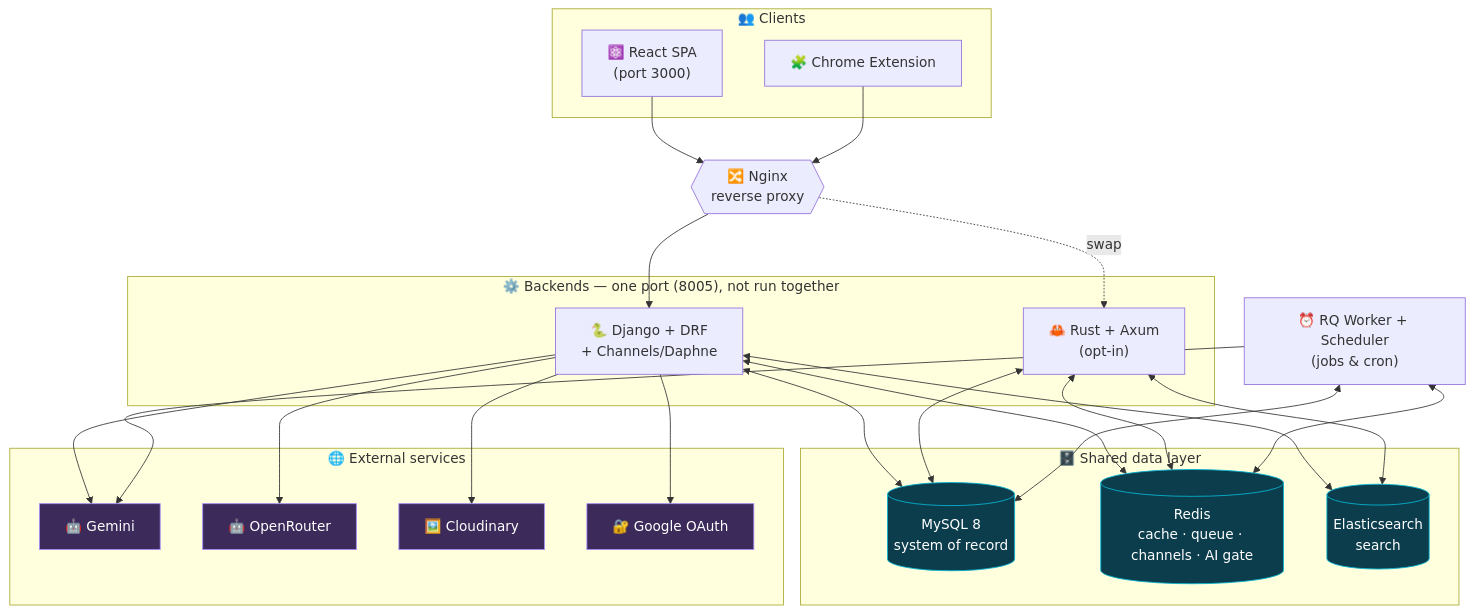
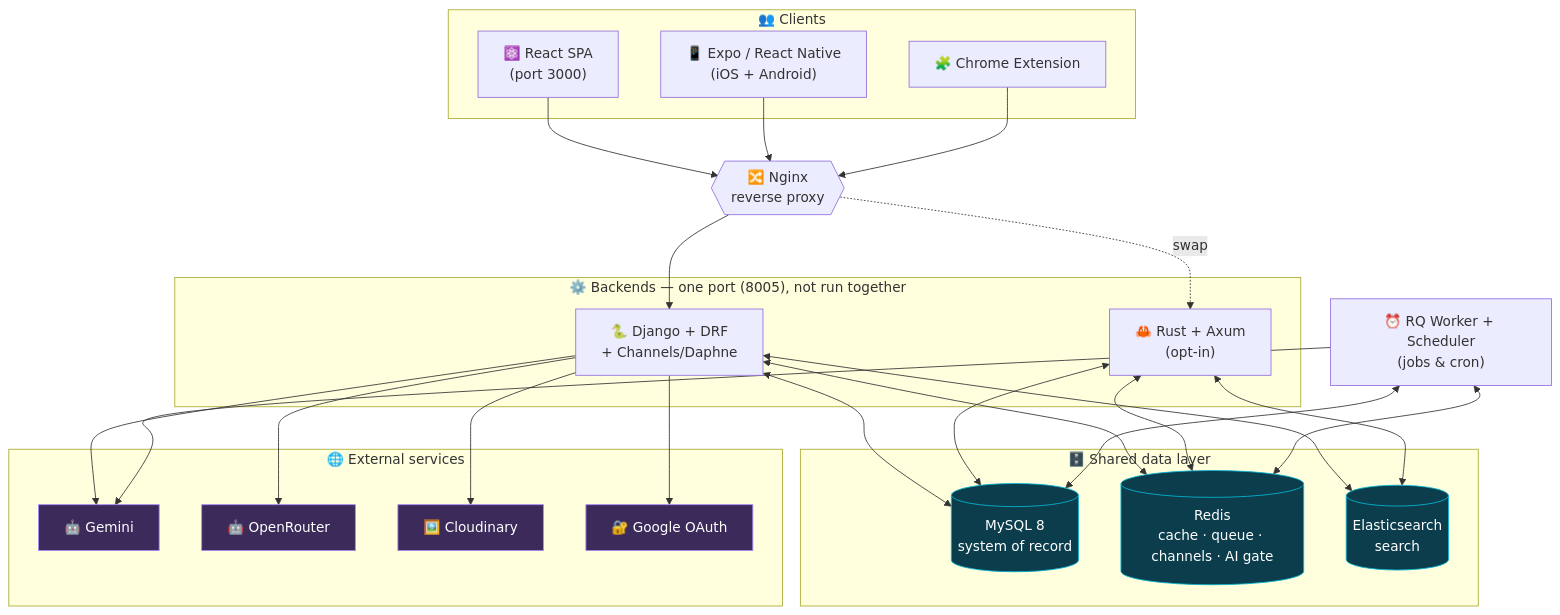
One commit to ngovandong/flashlearn changed the second of 18 diagrams in ARCHITECTURE.md. Above: the diagram before and after it, drawn with Mermaid. The commit also changed other lines of this file and 453 other files, not shown here.

````diff
--- a/ARCHITECTURE.md
+++ b/ARCHITECTURE.md
@@ -145,51 +165,53 @@
 ```mermaid
 flowchart TB
     subgraph clients["👥 Clients"]
         Web["⚛️ React SPA<br/>(port 3000)"]
+        Mobile["📱 Expo / React Native<br/>(iOS + Android)"]
         Ext["🧩 Chrome Extension"]
     end
 
     Nginx{{"🔀 Nginx<br/>reverse proxy"}}
 
     subgraph backends["⚙️ Backends — one port (8005), not run together"]
         Django["🐍 Django + DRF<br/>+ Channels/Daphne"]
         Rust["🦀 Rust + Axum<br/>(opt-in)"]
     end
 
     Worker["⏰ RQ Worker + Scheduler<br/>(jobs & cron)"]
 
     subgraph data["🗄️ Shared data layer"]
         MySQL[("MySQL 8<br/>system of record")]
         Redis[("Redis<br/>cache · queue · channels · AI gate")]
         ES[("Elasticsearch<br/>search")]
     end
 
     subgraph ext["🌐 External services"]
         Gemini["🤖 Gemini"]
         OpenRouter["🤖 OpenRouter"]
         Cloud["🖼️ Cloudinary"]
         OAuth["🔐 Google OAuth"]
     end
 
     Web --> Nginx
+    Mobile --> Nginx
     Ext --> Nginx
     Nginx --> Django
     Nginx -. swap .-> Rust
 
     Django <--> MySQL
     Django <--> Redis
     Django <--> ES
     Rust <--> MySQL
     Rust <--> Redis
     Rust <--> ES
 
     Django --> Gemini & OpenRouter & Cloud & OAuth
     Worker <--> Redis
     Worker <--> MySQL
     Worker --> Gemini
 
     classDef store fill:#0b3d4d,stroke:#06b6d4,color:#fff
     classDef svc fill:#3b2a5a,stroke:#a78bfa,color:#fff
     class MySQL,Redis,ES store
     class Gemini,OpenRouter,Cloud,OAuth svc
 ```
````
